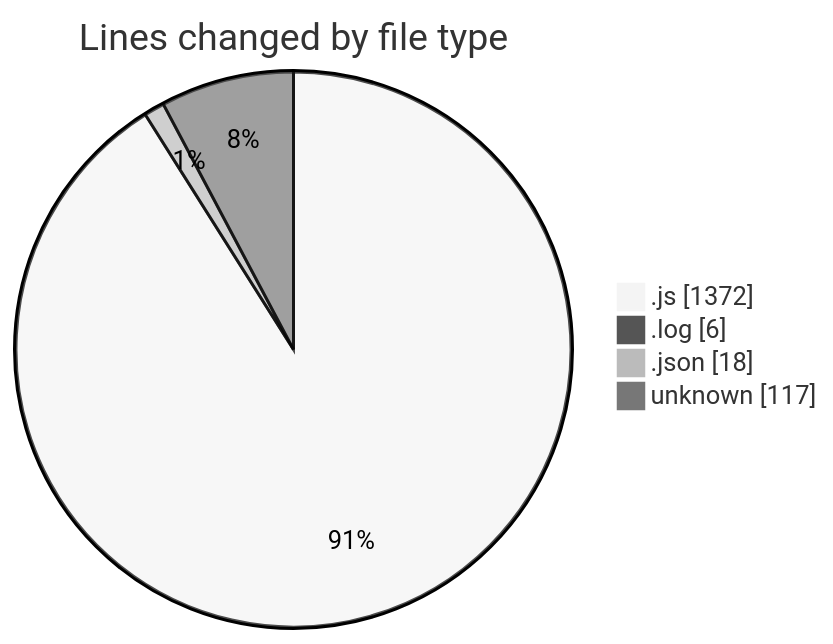
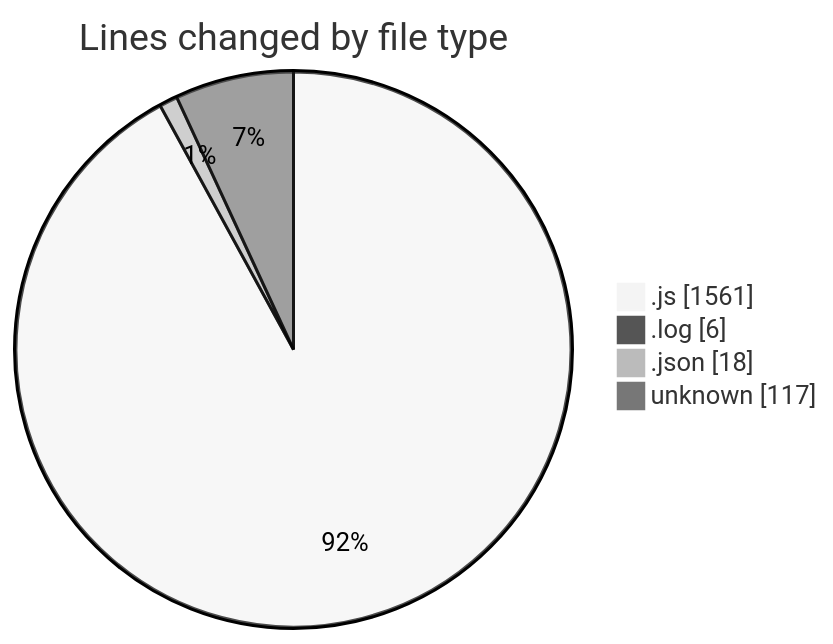
One commit to BS-eng2023/code-tracking changed the first of 2 diagrams in 2025-03-31/jsvms/README.md. Above: the diagram before and after it, drawn with Mermaid (neutral theme). The commit also changed other lines of this file and 1 other file, not shown here.

````diff
--- a/2025-03-31/jsvms/README.md
+++ b/2025-03-31/jsvms/README.md
@@ -38,8 +39,8 @@
 ```mermaid
 pie showData
 title Lines changed by file type
-".js" : 1372
+".js" : 1561
 ".log" : 6
 ".json" : 18
 "unknown" : 117
 ```
````
